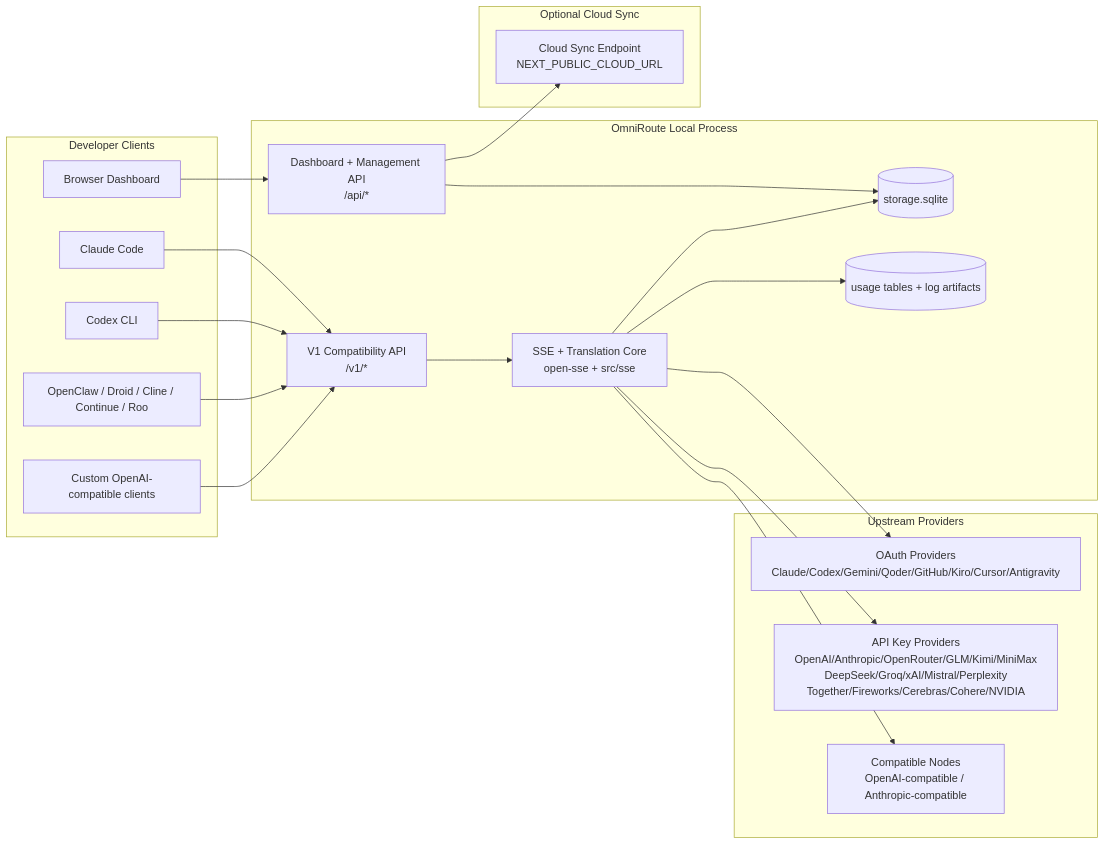
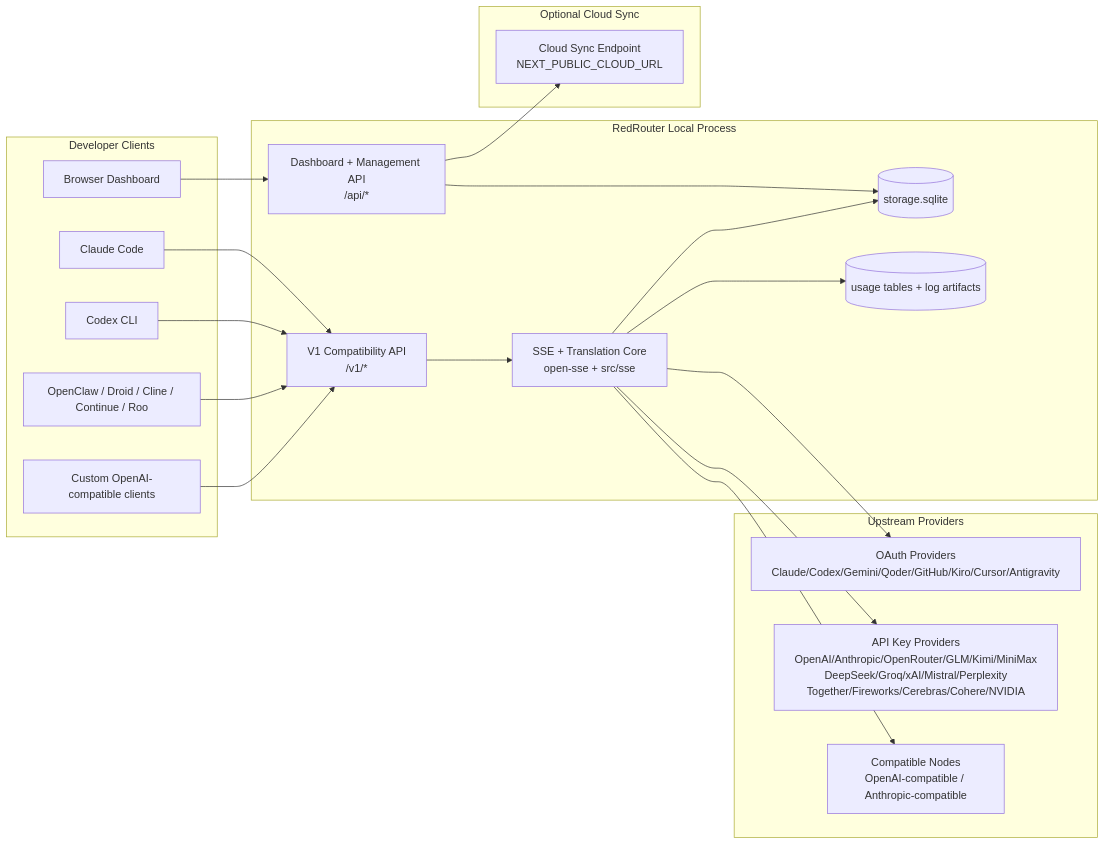
The first of 7 diagrams in docs/architecture/ARCHITECTURE.md (reddb-io/red-router), drawn with Mermaid before and after one commit. The commit also changed other lines of this file and 429 other files, not shown here.

````diff
--- a/docs/architecture/ARCHITECTURE.md
+++ b/docs/architecture/ARCHITECTURE.md
@@ -157,45 +157,45 @@
 ```mermaid
 flowchart LR
     subgraph Clients[Developer Clients]
         C1[Claude Code]
         C2[Codex CLI]
         C3[OpenClaw / Droid / Cline / Continue / Roo]
         C4[Custom OpenAI-compatible clients]
         BROWSER[Browser Dashboard]
     end
 
-    subgraph Router[OmniRoute Local Process]
+    subgraph Router[RedRouter Local Process]
         API[V1 Compatibility API\n/v1/*]
         DASH[Dashboard + Management API\n/api/*]
         CORE[SSE + Translation Core\nopen-sse + src/sse]
         DB[(storage.sqlite)]
         UDB[(usage tables + log artifacts)]
     end
 
     subgraph Upstreams[Upstream Providers]
         P1[OAuth Providers\nClaude/Codex/Gemini/Qoder/GitHub/Kiro/Cursor/Antigravity]
         P2[API Key Providers\nOpenAI/Anthropic/OpenRouter/GLM/Kimi/MiniMax\nDeepSeek/Groq/xAI/Mistral/Perplexity\nTogether/Fireworks/Cerebras/Cohere/NVIDIA]
         P3[Compatible Nodes\nOpenAI-compatible / Anthropic-compatible]
     end
 
     subgraph Cloud[Optional Cloud Sync]
         CLOUD[Cloud Sync Endpoint\nNEXT_PUBLIC_CLOUD_URL]
     end
 
     C1 --> API
     C2 --> API
     C3 --> API
     C4 --> API
     BROWSER --> DASH
 
     API --> CORE
     DASH --> DB
     CORE --> DB
     CORE --> UDB
 
     CORE --> P1
     CORE --> P2
     CORE --> P3
 
     DASH --> CLOUD
 ```
````
